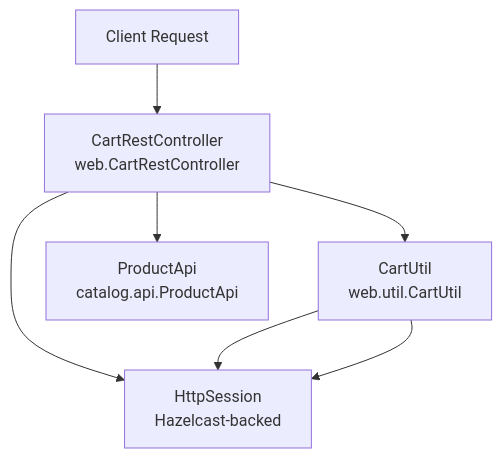
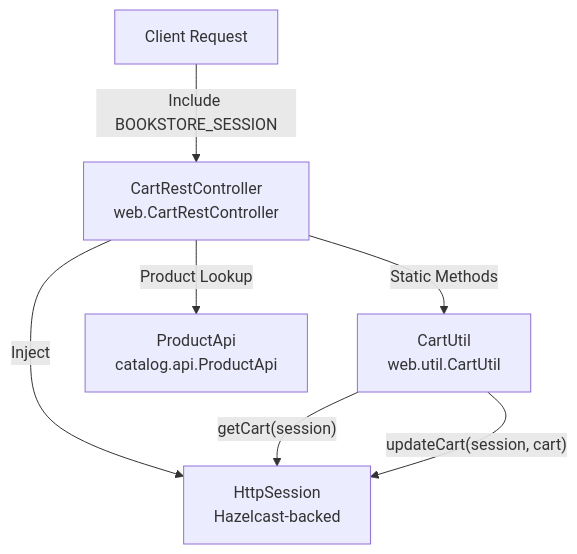
One commit to philipz/spring-modular-monolith changed the second of 3 diagrams in docs/deepwiki/REST-API-Endpoints.md. Above: the diagram before and after it, drawn with Mermaid. The commit also changed other lines of this file and 55 other files, not shown here.

````diff
--- a/docs/deepwiki/REST-API-Endpoints.md
+++ b/docs/deepwiki/REST-API-Endpoints.md
@@ -205,16 +205,16 @@
 ```mermaid
 flowchart TD
 
 Client["Client Request"]
 CartCtrl["CartRestController<br>web.CartRestController"]
 Session["HttpSession<br>Hazelcast-backed"]
 CartUtil["CartUtil<br>web.util.CartUtil"]
 ProdAPI["ProductApi<br>catalog.api.ProductApi"]
 
-Client --> CartCtrl
-CartCtrl --> Session
-CartCtrl --> CartUtil
-CartCtrl --> ProdAPI
-CartUtil --> Session
-CartUtil --> Session
+Client -->|"Include BOOKSTORE_SESSION"| CartCtrl
+CartCtrl -->|"Inject"| Session
+CartCtrl -->|"Static Methods"| CartUtil
+CartCtrl -->|"Product Lookup"| ProdAPI
+CartUtil -->|"getCart(session)"| Session
+CartUtil -->|"updateCart(session, cart)"| Session
 ```
````
